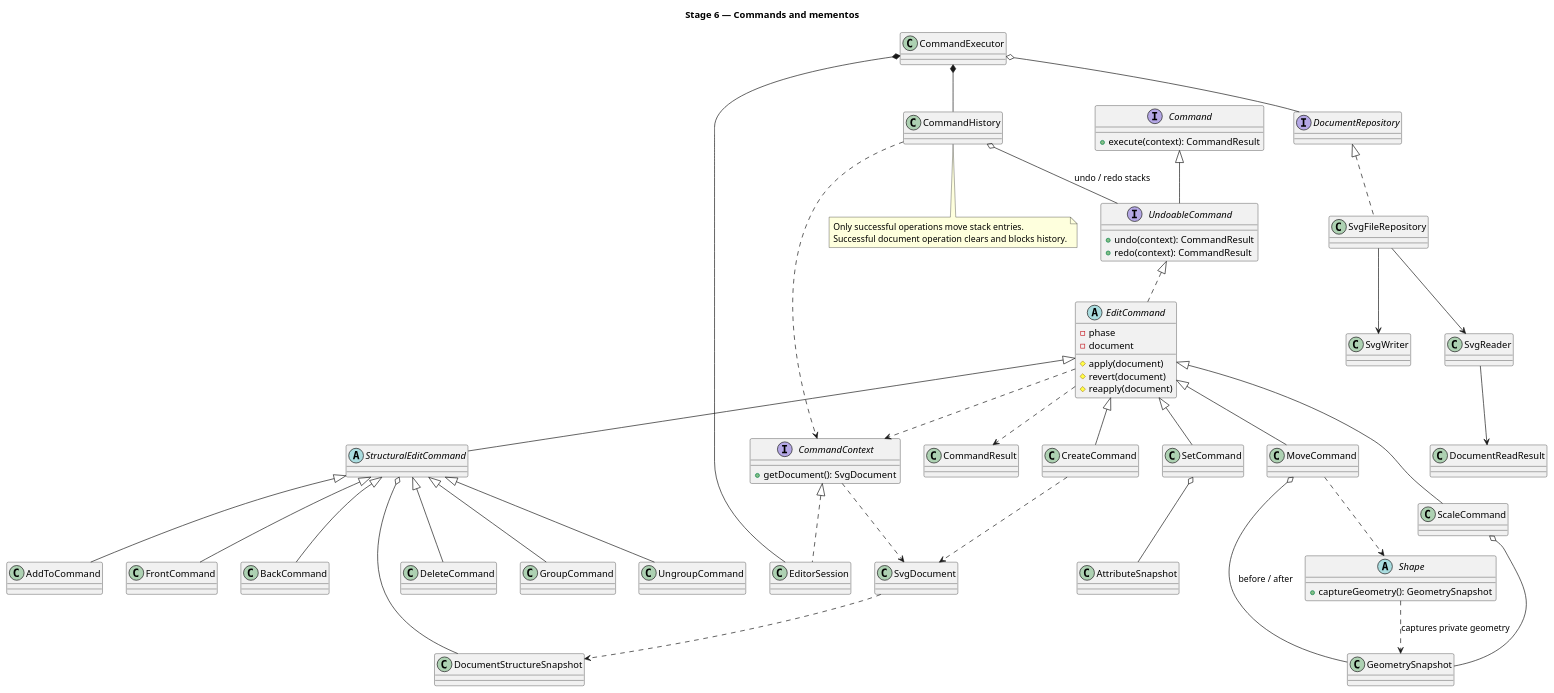
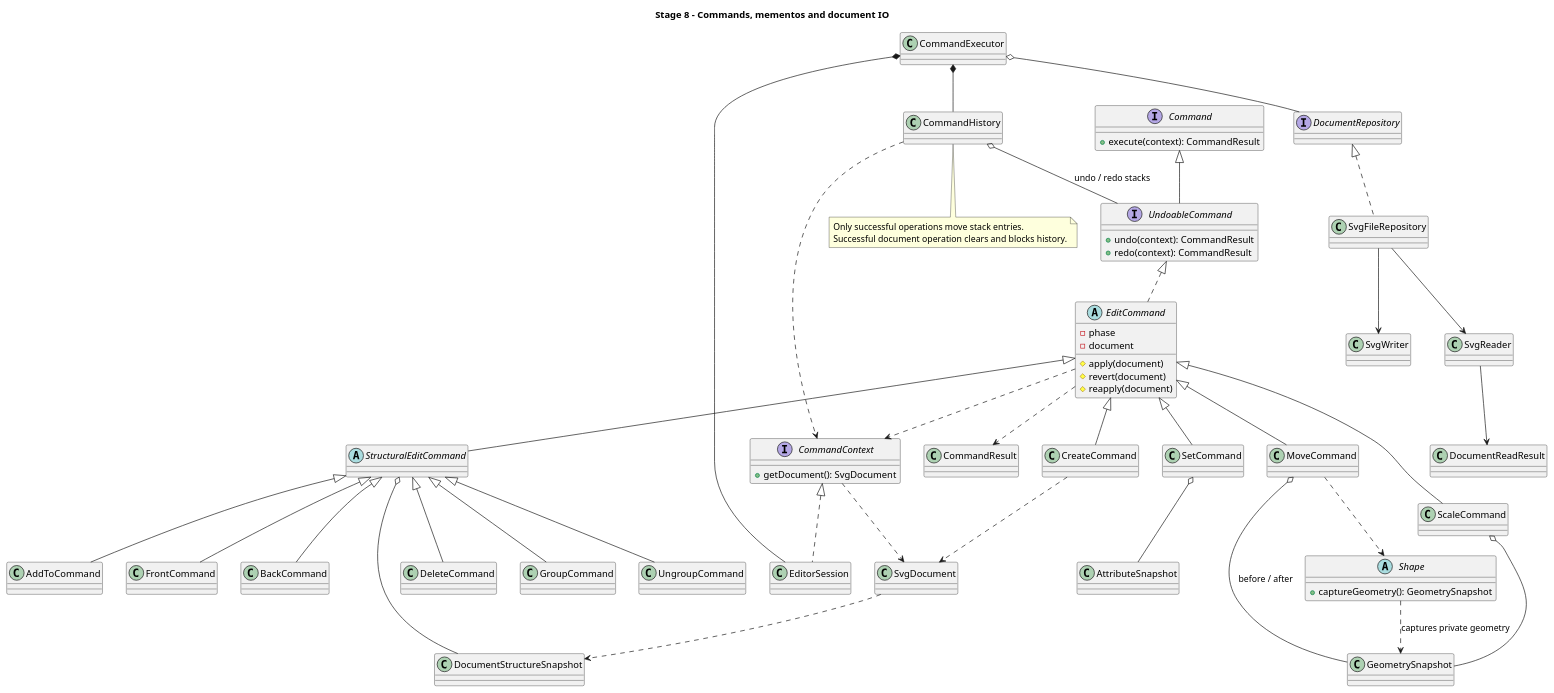
The diagram in doc/commands.puml (Liusizhuozhuo/svg-editor-lab1), drawn with PlantUML before and after one commit. The commit also changed 9 other files, not shown here.

```diff
--- a/doc/commands.puml
+++ b/doc/commands.puml
@@ -1,85 +1,85 @@
 @startuml
- title Stage 6 — Commands and mementos
+ title Stage 8 - Commands, mementos and document IO
  interface CommandContext {
    + getDocument(): SvgDocument
  }
  interface Command {
    + execute(context): CommandResult
  }
  interface UndoableCommand {
    + undo(context): CommandResult
    + redo(context): CommandResult
  }
  abstract class EditCommand {
    - phase
    - document
    # apply(document)
    # revert(document)
    # reapply(document)
  }
  class CreateCommand
  class MoveCommand
  class CommandResult
  class EditorSession
  class CommandExecutor
  class CommandHistory
  class SvgDocument
  class GeometrySnapshot
  abstract class Shape {
    + captureGeometry(): GeometrySnapshot
  }
  Command <|-- UndoableCommand
  UndoableCommand <|.. EditCommand
  EditCommand <|-- CreateCommand
  EditCommand <|-- MoveCommand
  CommandContext <|.. EditorSession
  CommandExecutor *-- EditorSession
  CommandExecutor *-- CommandHistory
  CommandHistory o-- UndoableCommand : undo / redo stacks
  CommandHistory ..> CommandContext
  EditCommand ..> CommandContext
  EditCommand ..> CommandResult
  CommandContext ..> SvgDocument
  CreateCommand ..> SvgDocument
  MoveCommand ..> Shape
  MoveCommand o-- GeometrySnapshot : before / after
  Shape ..> GeometrySnapshot : captures private geometry
  note bottom of CommandHistory
    Only successful operations move stack entries.
    Successful document operation clears and blocks history.
  end note
  abstract class StructuralEditCommand
  class DeleteCommand
  class GroupCommand
  class UngroupCommand
  class AddToCommand
  class FrontCommand
  class BackCommand
  class ScaleCommand
  class SetCommand
  class AttributeSnapshot
  class DocumentStructureSnapshot
  EditCommand <|-- StructuralEditCommand
  StructuralEditCommand <|-- DeleteCommand
  StructuralEditCommand <|-- GroupCommand
  StructuralEditCommand <|-- UngroupCommand
  StructuralEditCommand <|-- AddToCommand
  StructuralEditCommand <|-- FrontCommand
  StructuralEditCommand <|-- BackCommand
  EditCommand <|-- ScaleCommand
  EditCommand <|-- SetCommand
  ScaleCommand o-- GeometrySnapshot
  SetCommand o-- AttributeSnapshot
  StructuralEditCommand o-- DocumentStructureSnapshot
  SvgDocument ..> DocumentStructureSnapshot
  interface DocumentRepository
  class DocumentReadResult
  class SvgFileRepository
  class SvgReader
  class SvgWriter
  CommandExecutor o-- DocumentRepository
  DocumentRepository <|.. SvgFileRepository
  SvgFileRepository --> SvgReader
  SvgFileRepository --> SvgWriter
  SvgReader --> DocumentReadResult
 @enduml
```
